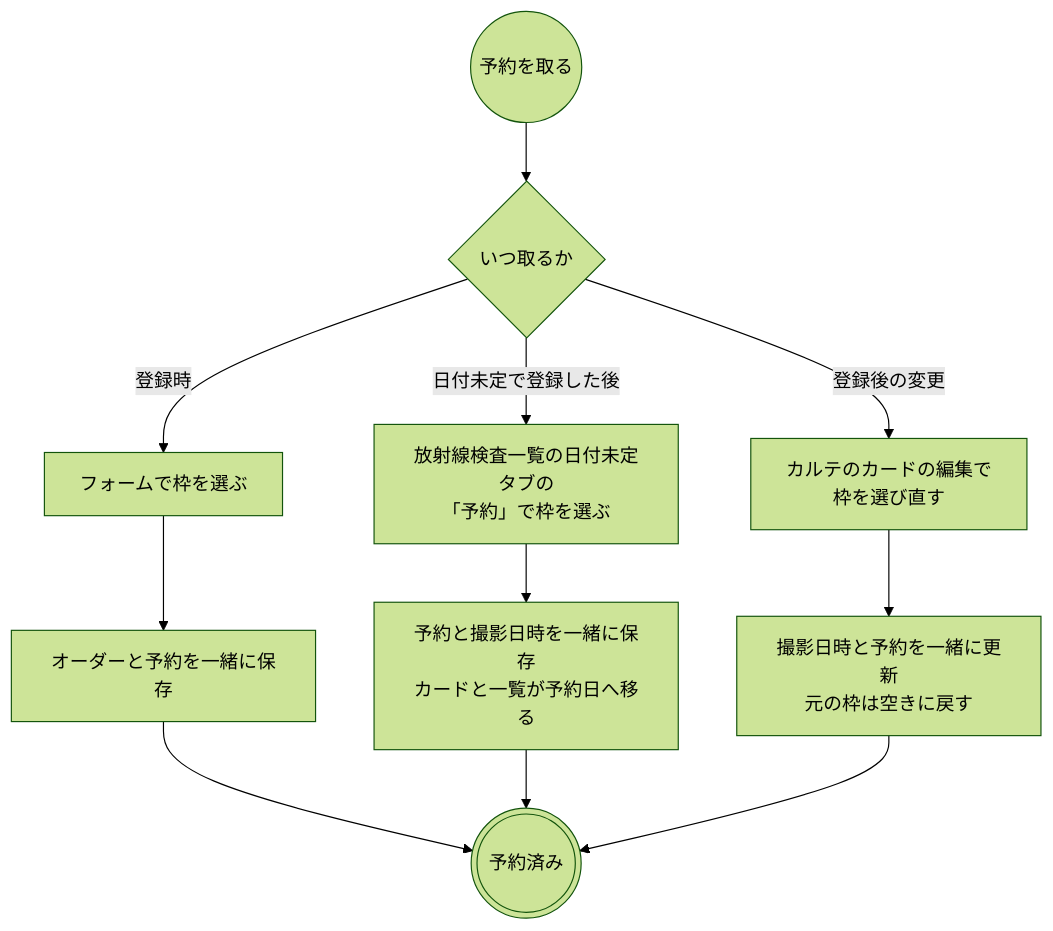
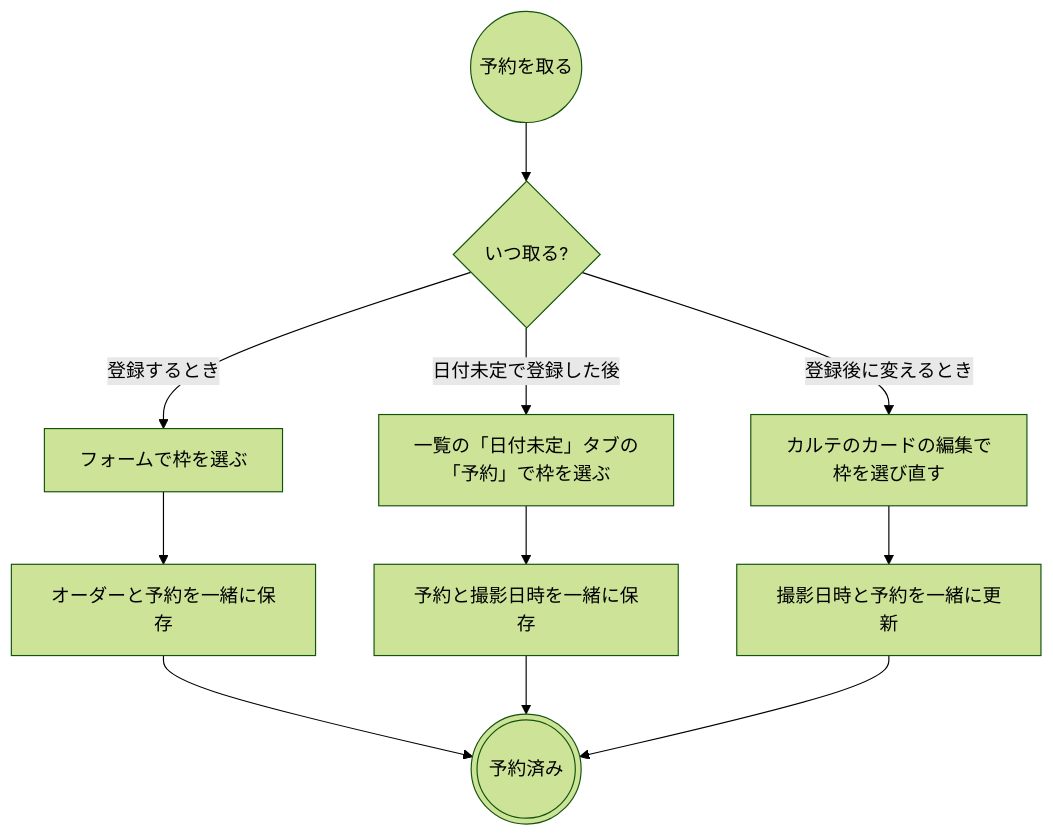
Before and after one commit to ysnr-dev/fhir-client-docs: the third of 6 diagrams in docs/flows/rad.md, drawn with Mermaid (forest theme). The commit also changed other lines of this file and 43 other files, not shown here.

Commit message:
docs: 業務フローとシーケンス図を写し直し

````diff
--- a/docs/flows/rad.md
+++ b/docs/flows/rad.md
@@ -149,17 +177,17 @@
 ```mermaid
 flowchart TD
   start(("予約を取る"))
-  where{"いつ取るか"}
+  where{"いつ取る?"}
   atOrder["フォームで枠を選ぶ"]
-  undated["放射線検査一覧の日付未定タブの<br/>「予約」で枠を選ぶ"]
+  undated["一覧の「日付未定」タブの<br/>「予約」で枠を選ぶ"]
   edit["カルテのカードの編集で<br/>枠を選び直す"]
   saveAtOrder["オーダーと予約を一緒に保存"]
-  saveDated["予約と撮影日時を一緒に保存<br/>カードと一覧が予約日へ移る"]
-  saveMoved["撮影日時と予約を一緒に更新<br/>元の枠は空きに戻す"]
+  saveDated["予約と撮影日時を一緒に保存"]
+  saveMoved["撮影日時と予約を一緒に更新"]
   done((("予約済み")))
 
   start --> where
-  where -- "登録時" --> atOrder --> saveAtOrder --> done
+  where -- "登録するとき" --> atOrder --> saveAtOrder --> done
   where -- "日付未定で登録した後" --> undated --> saveDated --> done
-  where -- "登録後の変更" --> edit --> saveMoved --> done
+  where -- "登録後に変えるとき" --> edit --> saveMoved --> done
 ```
````
